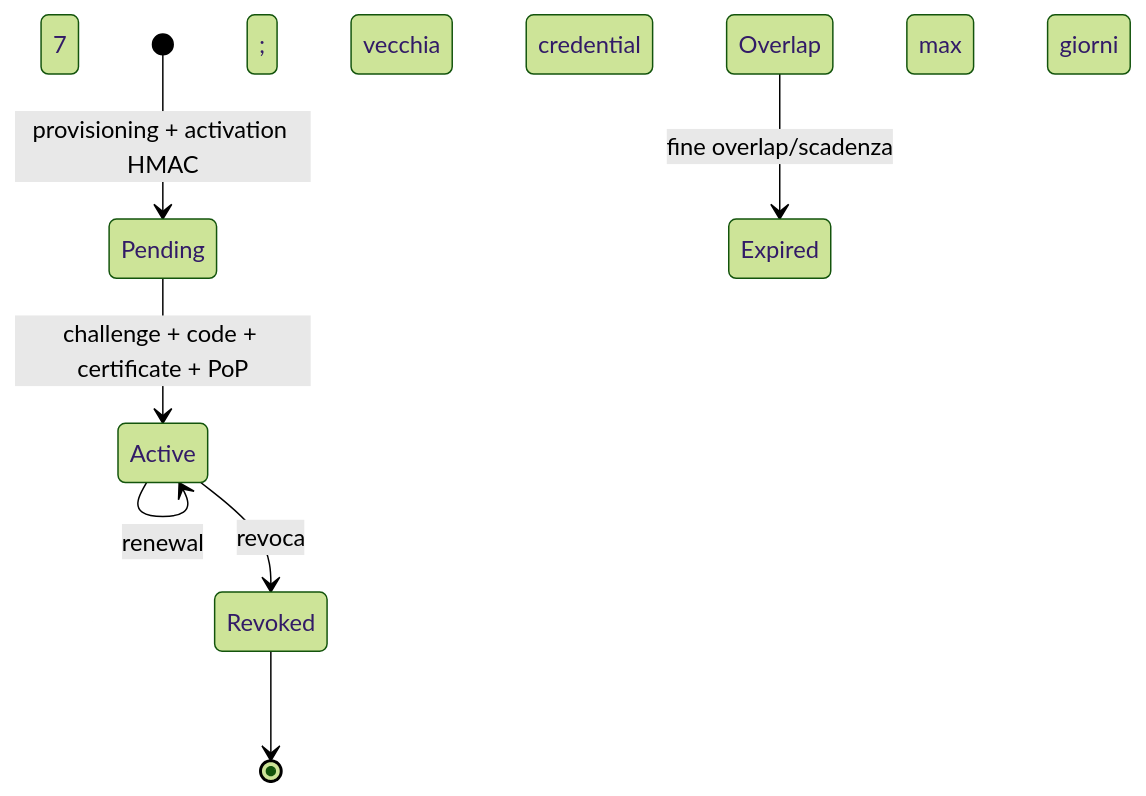
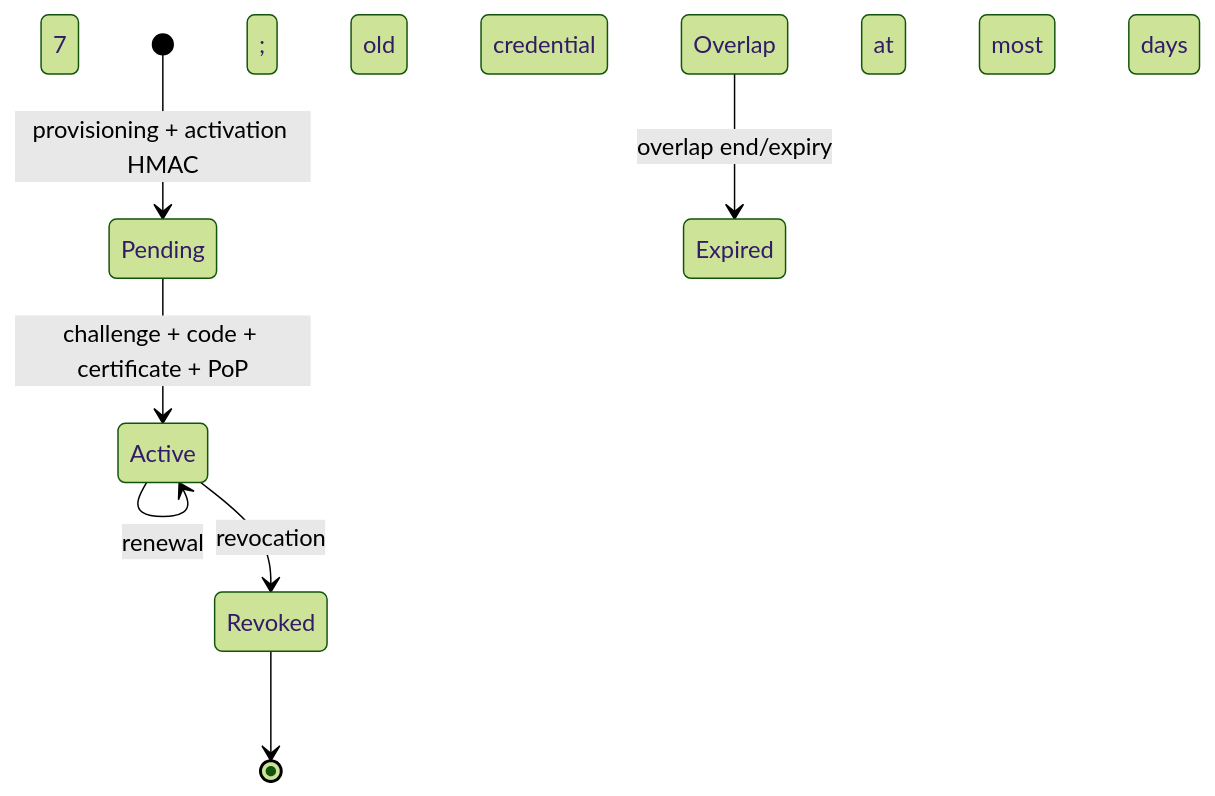
Before and after one commit to marcobiz/secure-integration-platform: the third of 3 diagrams in docs/architecture/m2-gateway-architecture.md, drawn with Mermaid (forest theme). The commit also changed other lines of this file and 102 other files, not shown here.

````diff
--- a/docs/architecture/m2-gateway-architecture.md
+++ b/docs/architecture/m2-gateway-architecture.md
@@ -66,9 +66,9 @@
 ```mermaid
 stateDiagram-v2
   [*] --> Pending: provisioning + activation HMAC
   Pending --> Active: challenge + code + certificate + PoP
-  Active --> Active: renewal; vecchia credential Overlap max 7 giorni
-  Active --> Revoked: revoca
-  Overlap --> Expired: fine overlap/scadenza
+  Active --> Active: renewal; old credential Overlap at most 7 days
+  Active --> Revoked: revocation
+  Overlap --> Expired: overlap end/expiry
   Revoked --> [*]
 ```
````
